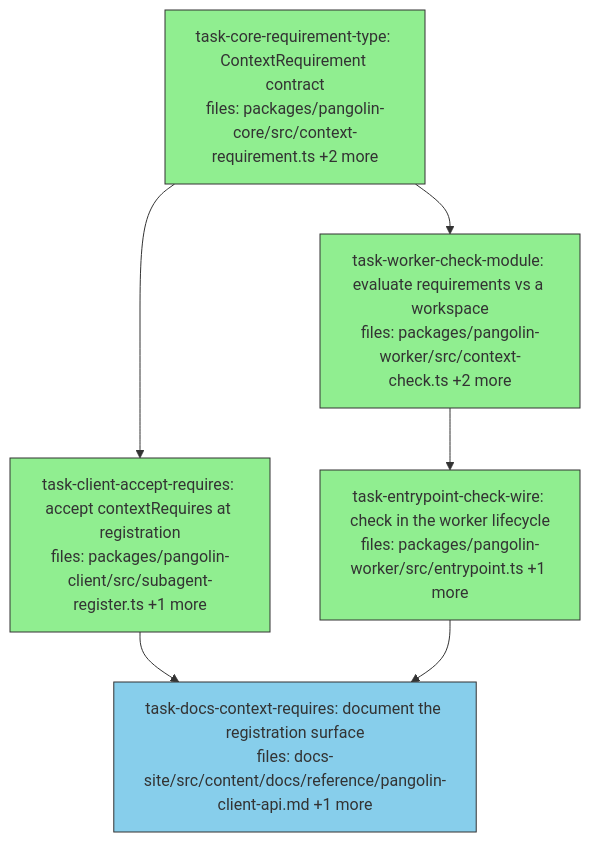
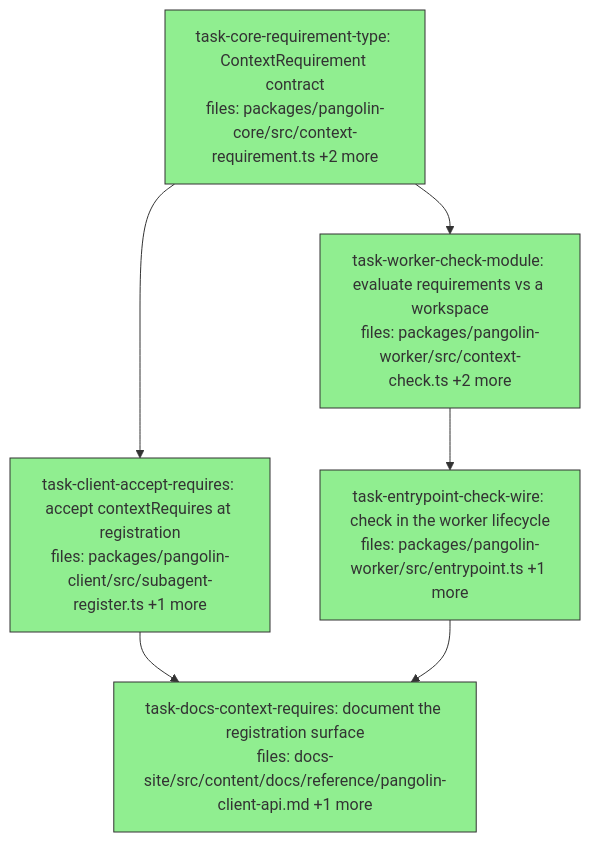
Before and after one commit to QuarrySystems/pangolin: the diagram in docs/superpowers/plans/2026-08-03-staged-context-verification-dag.md, drawn with Mermaid. The commit also changed other lines of this file, not shown here.

Commit message:
chore(plan): all 5 tasks done — staged-context verification v1 complete

````diff
--- a/docs/superpowers/plans/2026-08-03-staged-context-verification-dag.md
+++ b/docs/superpowers/plans/2026-08-03-staged-context-verification-dag.md
@@ -9,20 +9,20 @@
 ```mermaid
 flowchart TD
     task-core-requirement-type["task-core-requirement-type: ContextRequirement contract<br/>files: packages/pangolin-core/src/context-requirement.ts +2 more"]:::done
     task-client-accept-requires["task-client-accept-requires: accept contextRequires at registration<br/>files: packages/pangolin-client/src/subagent-register.ts +1 more"]:::done
     task-worker-check-module["task-worker-check-module: evaluate requirements vs a workspace<br/>files: packages/pangolin-worker/src/context-check.ts +2 more"]:::done
     task-entrypoint-check-wire["task-entrypoint-check-wire: check in the worker lifecycle<br/>files: packages/pangolin-worker/src/entrypoint.ts +1 more"]:::done
-    task-docs-context-requires["task-docs-context-requires: document the registration surface<br/>files: docs-site/src/content/docs/reference/pangolin-client-api.md +1 more"]:::running
+    task-docs-context-requires["task-docs-context-requires: document the registration surface<br/>files: docs-site/src/content/docs/reference/pangolin-client-api.md +1 more"]:::done
 
     task-core-requirement-type --> task-client-accept-requires
     task-core-requirement-type --> task-worker-check-module
     task-worker-check-module --> task-entrypoint-check-wire
     task-client-accept-requires --> task-docs-context-requires
     task-entrypoint-check-wire --> task-docs-context-requires
 
     classDef done fill:#90ee90,stroke:#333
     classDef ready fill:#fffacd,stroke:#333
     classDef running fill:#87ceeb,stroke:#333
     classDef failed fill:#ffb6c1,stroke:#333
     classDef skipped fill:#d3d3d3,stroke:#333,stroke-dasharray: 5 5
 ```
````
